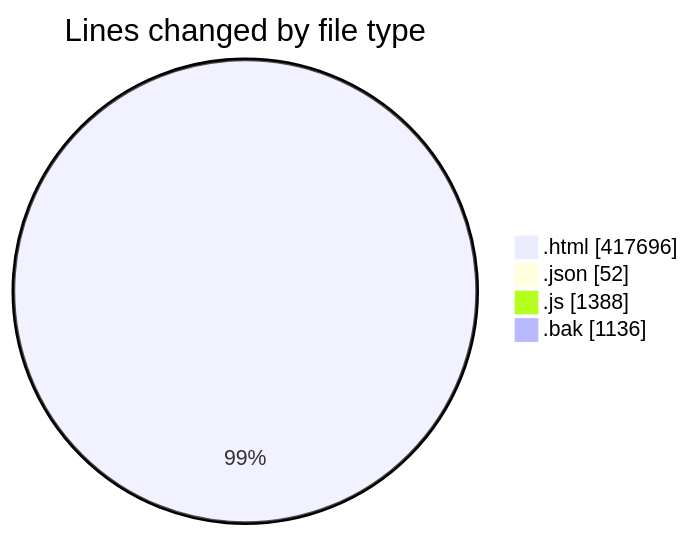
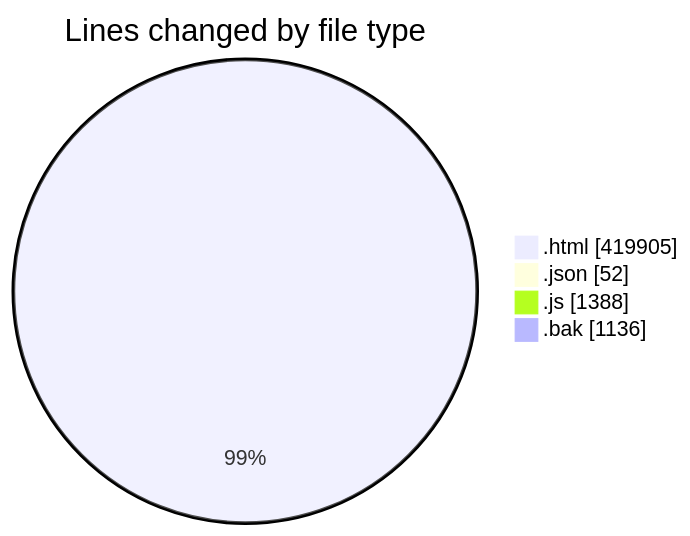
The first of 2 diagrams in 2025-09-16/www/README.md (vahidmafi/code-tracking), drawn with Mermaid before and after one commit. The commit also changed other lines of this file and 1 other file, not shown here.

````diff
--- a/2025-09-16/www/README.md
+++ b/2025-09-16/www/README.md
@@ -586,8 +587,8 @@
 ```mermaid
 pie showData
 title Lines changed by file type
-".html" : 417696
+".html" : 419905
 ".json" : 52
 ".js" : 1388
 ".bak" : 1136
 ```
````
